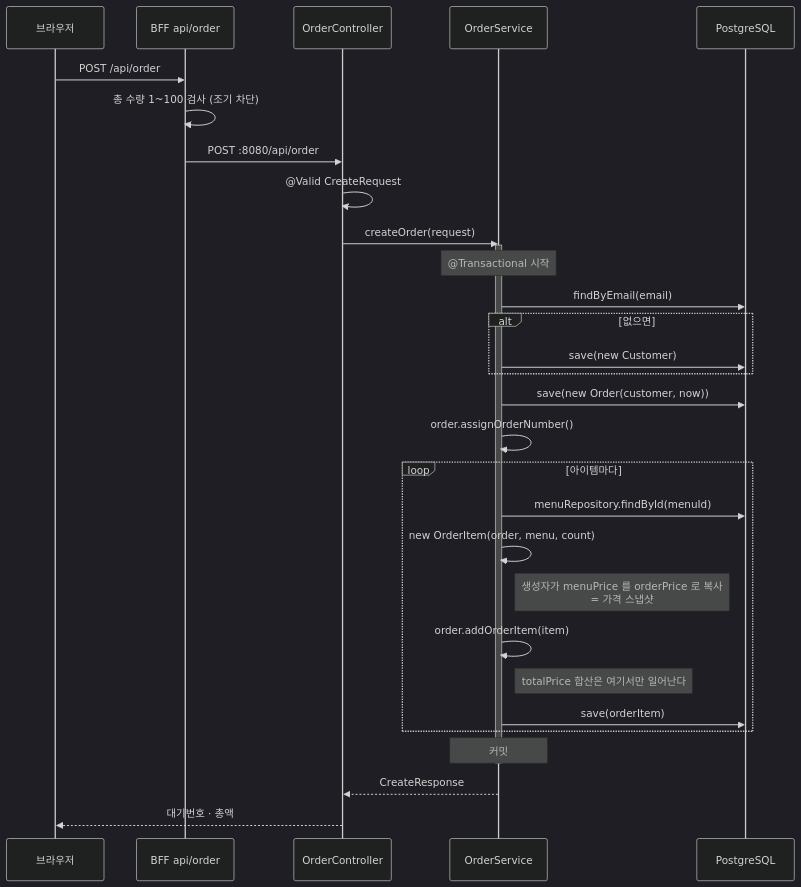
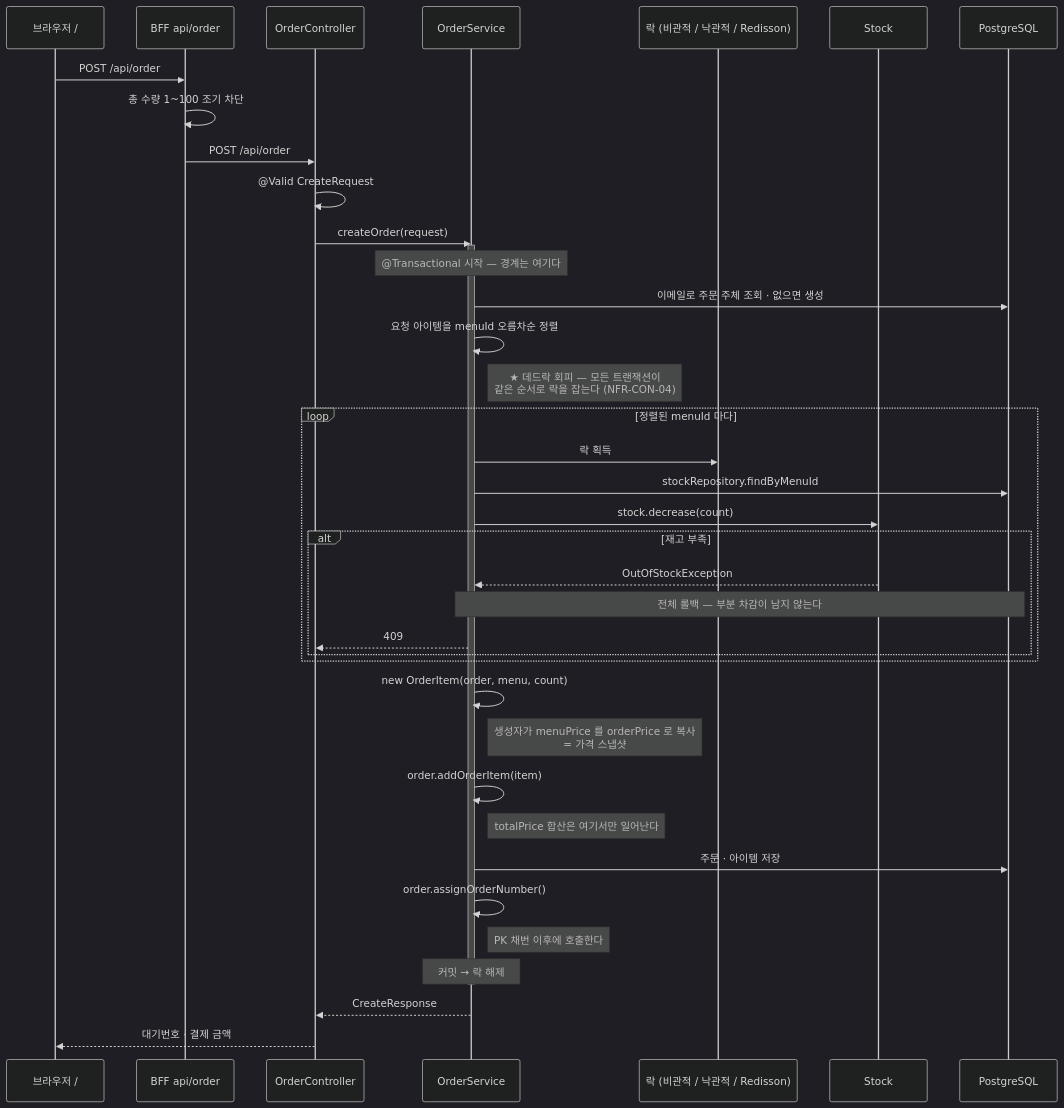
Before and after one commit to hhyukk/cafe-kiosk: the fourth of 8 diagrams in docs/design/architecture.md, drawn with Mermaid (dark theme). The commit also changed other lines of this file, not shown here.

````diff
--- a/docs/design/architecture.md
+++ b/docs/design/architecture.md
@@ -295,34 +285,44 @@
 ```mermaid
 sequenceDiagram
-    participant B as 브라우저
+    participant B as 브라우저 /
     participant F as BFF api/order
     participant C as OrderController
     participant S as OrderService
+    participant L as 락 (비관적 / 낙관적 / Redisson)
+    participant ST as Stock
     participant DB as PostgreSQL
 
     B->>F: POST /api/order
-    F->>F: 총 수량 1~100 검사 (조기 차단)
-    F->>C: POST :8080/api/order
+    F->>F: 총 수량 1~100 조기 차단
+    F->>C: POST /api/order
     C->>C: @Valid CreateRequest
     C->>S: createOrder(request)
     activate S
-    Note over S: @Transactional 시작
-    S->>DB: findByEmail(email)
-    alt 없으면
-        S->>DB: save(new Customer)
+    Note over S: @Transactional 시작 — 경계는 여기다
+    S->>DB: 이메일로 주문 주체 조회 · 없으면 생성
+    S->>S: 요청 아이템을 menuId 오름차순 정렬
+    Note right of S: ★ 데드락 회피 — 모든 트랜잭션이<br/>같은 순서로 락을 잡는다 (NFR-CON-04)
+
+    loop 정렬된 menuId 마다
+        S->>L: 락 획득
+        S->>DB: stockRepository.findByMenuId
+        S->>ST: stock.decrease(count)
+        alt 재고 부족
+            ST-->>S: OutOfStockException
+            Note over S,DB: 전체 롤백 — 부분 차감이 남지 않는다
+            S-->>C: 409
+        end
     end
-    S->>DB: save(new Order(customer, now))
+
+    S->>S: new OrderItem(order, menu, count)
+    Note right of S: 생성자가 menuPrice 를 orderPrice 로 복사<br/>= 가격 스냅샷
+    S->>S: order.addOrderItem(item)
+    Note right of S: totalPrice 합산은 여기서만 일어난다
+    S->>DB: 주문 · 아이템 저장
     S->>S: order.assignOrderNumber()
-    loop 아이템마다
-        S->>DB: menuRepository.findById(menuId)
-        S->>S: new OrderItem(order, menu, count)
-        Note right of S: 생성자가 menuPrice 를 orderPrice 로 복사<br/>= 가격 스냅샷
-        S->>S: order.addOrderItem(item)
-        Note right of S: totalPrice 합산은 여기서만 일어난다
-        S->>DB: save(orderItem)
-    end
-    Note over S: 커밋
+    Note right of S: PK 채번 이후에 호출한다
+    Note over S: 커밋 → 락 해제
     deactivate S
     S-->>C: CreateResponse
-    C-->>B: 대기번호 · 총액
+    C-->>B: 대기번호 · 결제 금액
 ```
````
